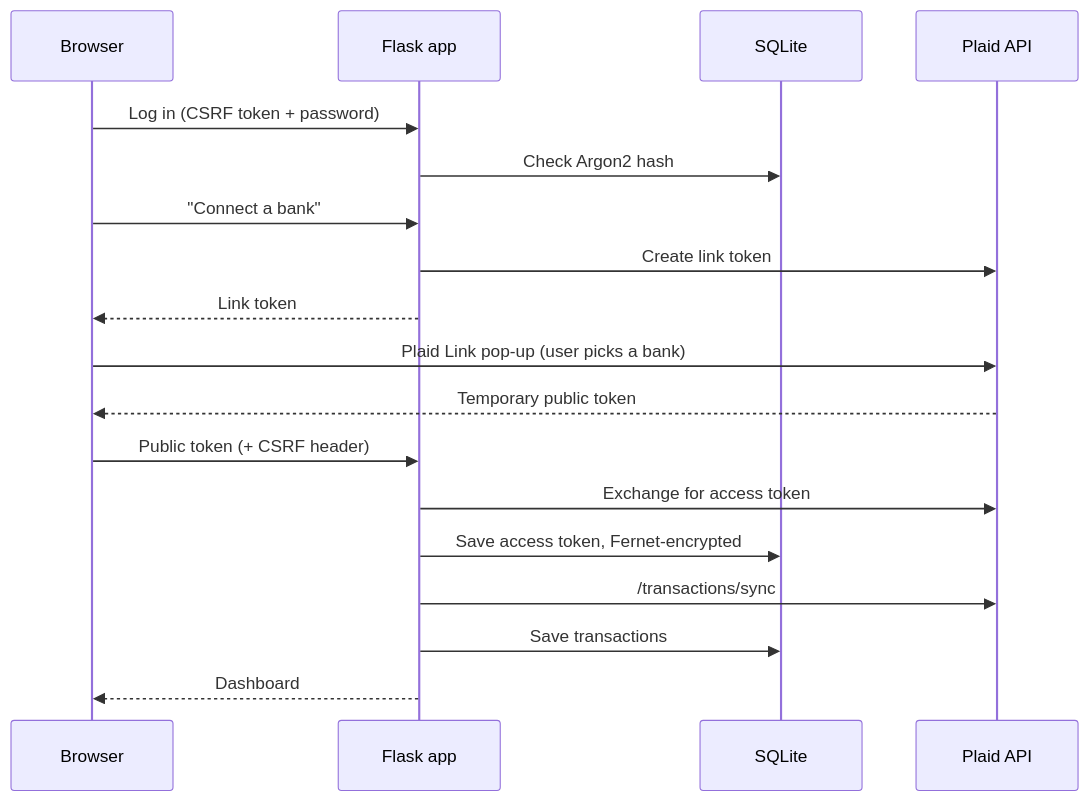
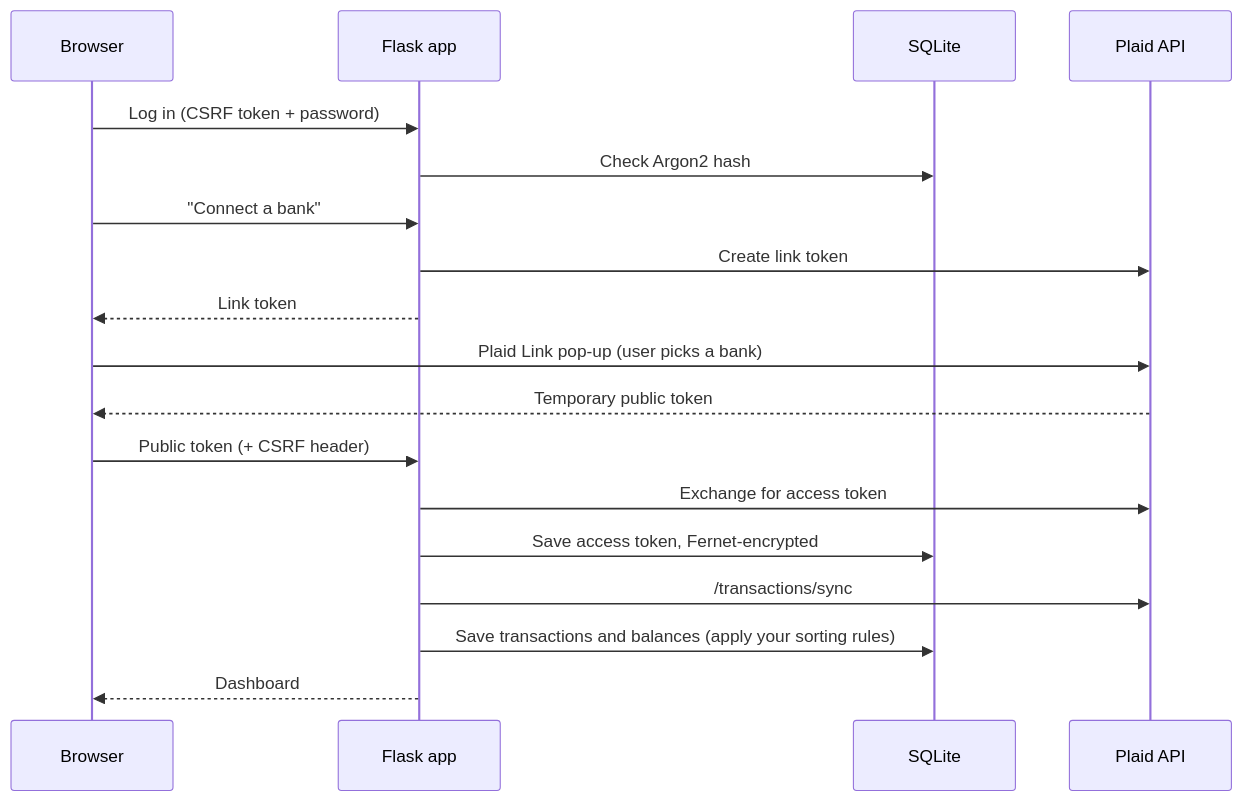
The diagram in README.md (BrianLi200777/secure-budget-app), drawn with Mermaid before and after one commit. The commit also changed other lines of this file and 3 other files, not shown here.

````diff
--- a/README.md
+++ b/README.md
@@ -49,21 +58,21 @@
 ```mermaid
 sequenceDiagram
     participant B as Browser
     participant A as Flask app
     participant D as SQLite
     participant P as Plaid API
 
     B->>A: Log in (CSRF token + password)
     A->>D: Check Argon2 hash
     B->>A: "Connect a bank"
     A->>P: Create link token
     A-->>B: Link token
     B->>P: Plaid Link pop-up (user picks a bank)
     P-->>B: Temporary public token
     B->>A: Public token (+ CSRF header)
     A->>P: Exchange for access token
     A->>D: Save access token, Fernet-encrypted
     A->>P: /transactions/sync
-    A->>D: Save transactions
+    A->>D: Save transactions and balances (apply your sorting rules)
     A-->>B: Dashboard
 ```
````
